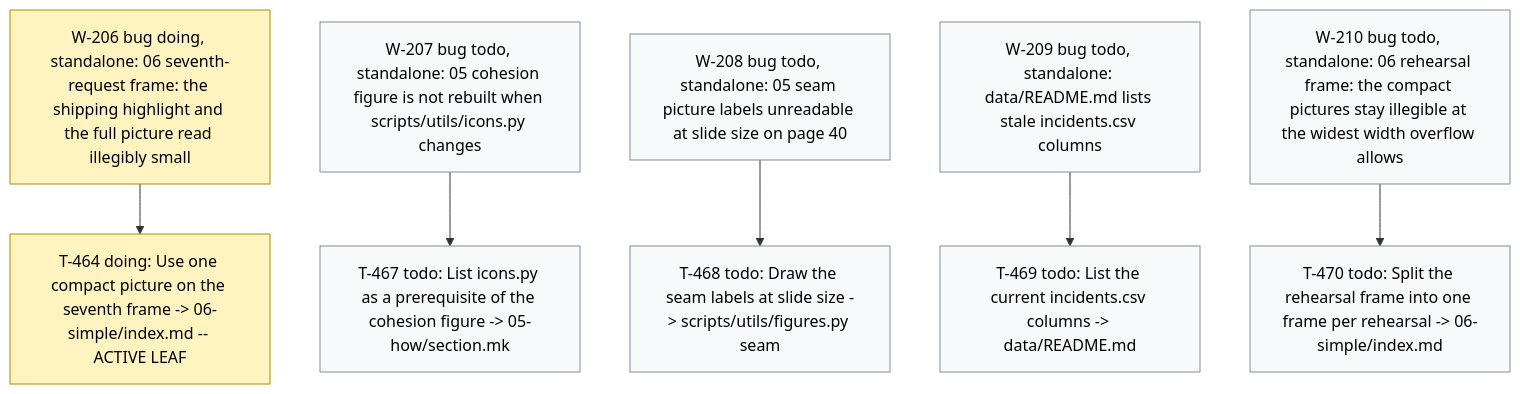
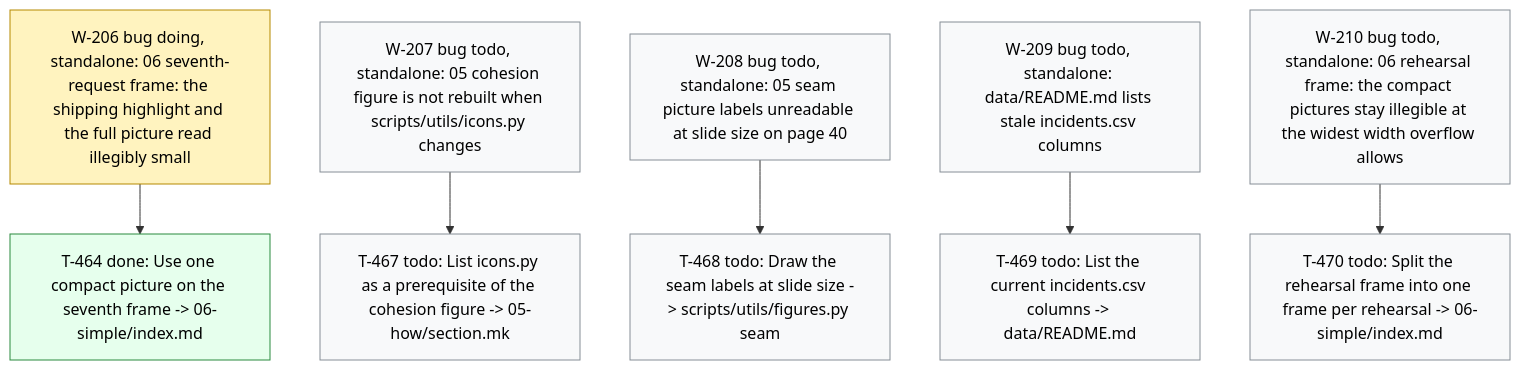
One commit to dpopchev/chaos-to-simple changed the diagram in .board/BOARD.md. Above: the diagram before and after it, drawn with Mermaid. The commit also changed other lines of this file and 1 other file, not shown here.

Commit message:
chore(board): close T-464 -- W-206 ready to land
Refs: W-206 T-464

````diff
--- a/.board/BOARD.md
+++ b/.board/BOARD.md
@@ -1218,20 +1218,21 @@
 ```mermaid
 flowchart TD
   W206["W-206 bug doing, standalone: 06 seventh-request frame: the shipping highlight and the full picture read illegibly small"]
-  W206 --> T464["T-464 doing: Use one compact picture on the seventh frame -> 06-simple/index.md -- ACTIVE LEAF"]
+  W206 --> T464["T-464 done: Use one compact picture on the seventh frame -> 06-simple/index.md"]
   W207["W-207 bug todo, standalone: 05 cohesion figure is not rebuilt when scripts/utils/icons.py changes"]
   W207 --> T467["T-467 todo: List icons.py as a prerequisite of the cohesion figure -> 05-how/section.mk"]
   W208["W-208 bug todo, standalone: 05 seam picture labels unreadable at slide size on page 40"]
   W208 --> T468["T-468 todo: Draw the seam labels at slide size -> scripts/utils/figures.py seam"]
   W209["W-209 bug todo, standalone: data/README.md lists stale incidents.csv columns"]
   W209 --> T469["T-469 todo: List the current incidents.csv columns -> data/README.md"]
   W210["W-210 bug todo, standalone: 06 rehearsal frame: the compact pictures stay illegible at the widest width overflow allows"]
   W210 --> T470["T-470 todo: Split the rehearsal frame into one frame per rehearsal -> 06-simple/index.md"]
   classDef doing fill:#fff3bf,stroke:#b58900,color:#000;
   classDef blocked fill:#ffe3e3,stroke:#c92a2a,color:#000;
   classDef done fill:#e6ffed,stroke:#2b8a3e,color:#000;
   classDef todo fill:#f8f9fa,stroke:#868e96,color:#000;
   classDef pruned fill:#f1f3f5,stroke:#adb5bd,color:#000;
-  class W206,T464 doing
+  class W206 doing
+  class T464 done
   class W207,T467,W208,T468,W209,T469,W210,T470 todo
 ```
````
